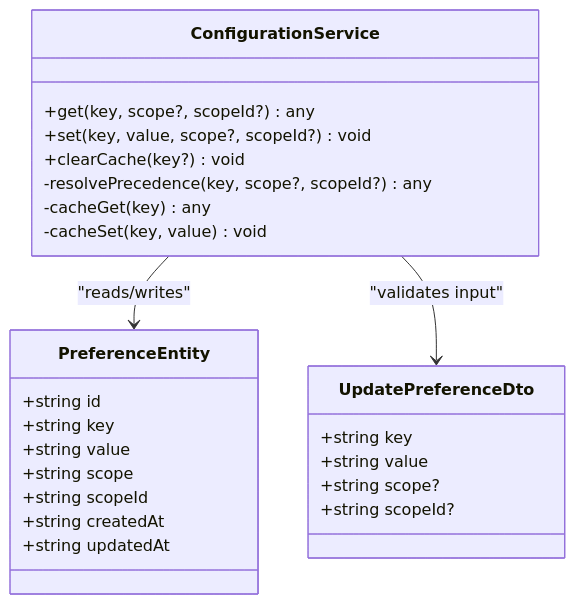
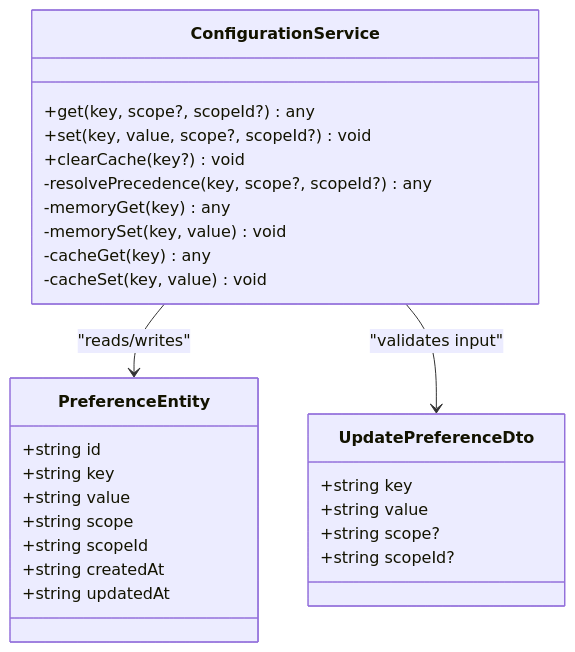
Before and after one commit to franckylab/eLISAschool: the third of 5 diagrams in .qoder/repowiki/en/content/System Architecture/Backend Architecture/Configuration & Environment Management.md, drawn with Mermaid. The commit also changed other lines of this file and 483 other files, not shown here.

````diff
--- a/.qoder/repowiki/en/content/System Architecture/Backend Architecture/Configuration & Environment Management.md
+++ b/.qoder/repowiki/en/content/System Architecture/Backend Architecture/Configuration & Environment Management.md
@@ -253,28 +262,30 @@
 ```mermaid
 classDiagram
 class PreferenceEntity {
 +string id
 +string key
 +string value
 +string scope
 +string scopeId
 +string createdAt
 +string updatedAt
 }
 class ConfigurationService {
 +get(key, scope?, scopeId?) any
 +set(key, value, scope?, scopeId?) void
 +clearCache(key?) void
 -resolvePrecedence(key, scope?, scopeId?) any
+-memoryGet(key) any
+-memorySet(key, value) void
 -cacheGet(key) any
 -cacheSet(key, value) void
 }
 class UpdatePreferenceDto {
 +string key
 +string value
 +string scope?
 +string scopeId?
 }
 ConfigurationService --> PreferenceEntity : "reads/writes"
 ConfigurationService --> UpdatePreferenceDto : "validates input"
 ```
````
